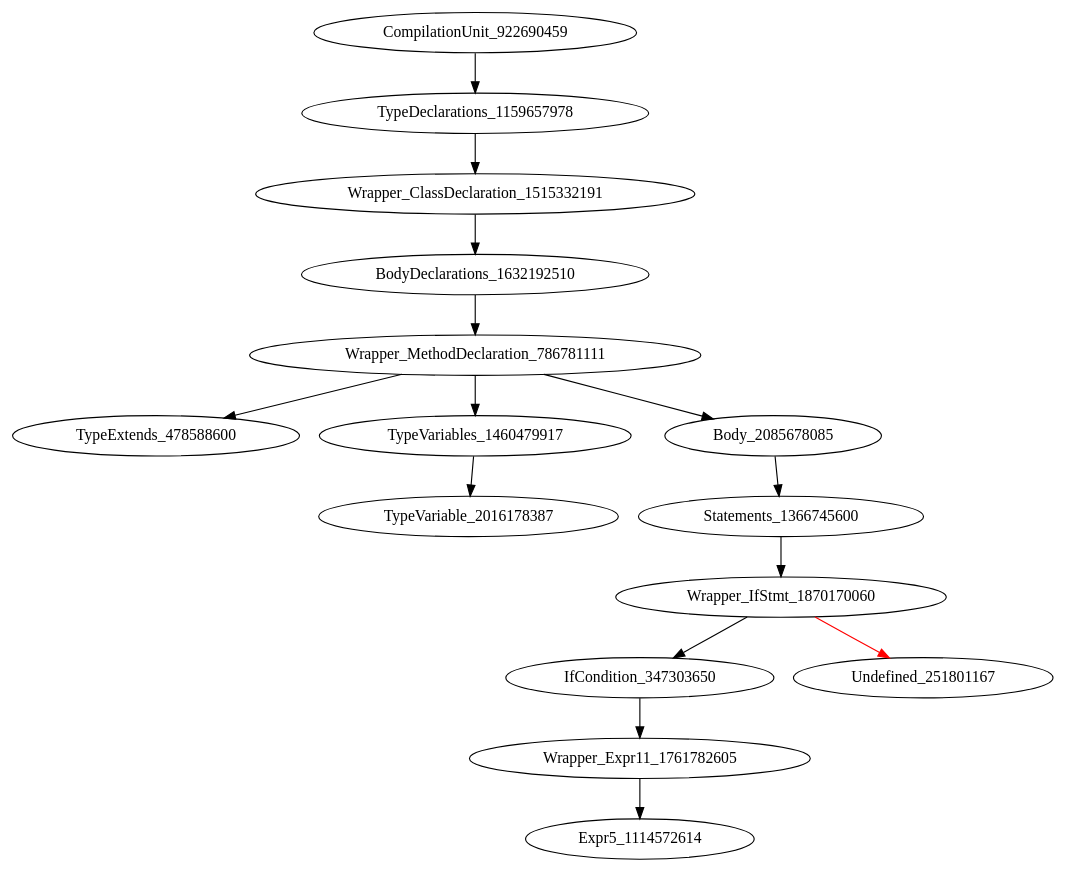
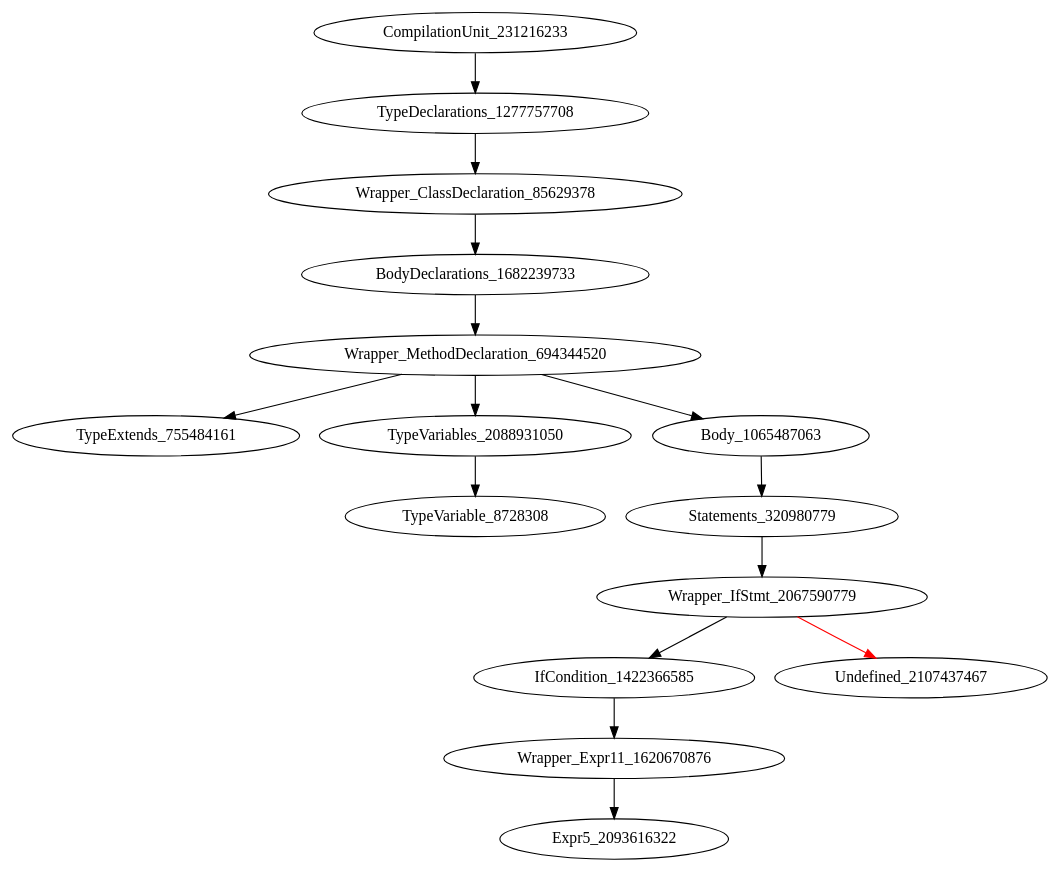
The diagram in holeAST.dot (icse2023material/VoiceJava), drawn with Graphviz before and after one commit. The commit also changed 15 other files, not shown here.

```diff
--- a/holeAST.dot
+++ b/holeAST.dot
@@ -1,16 +1,16 @@
 digraph {
-CompilationUnit_922690459 -> TypeDeclarations_1159657978
-TypeDeclarations_1159657978 -> Wrapper_ClassDeclaration_1515332191
-Wrapper_ClassDeclaration_1515332191 -> BodyDeclarations_1632192510
-BodyDeclarations_1632192510 -> Wrapper_MethodDeclaration_786781111
-Wrapper_MethodDeclaration_786781111 -> TypeExtends_478588600
-Wrapper_MethodDeclaration_786781111 -> TypeVariables_1460479917
-Wrapper_MethodDeclaration_786781111 -> Body_2085678085
-TypeVariables_1460479917 -> TypeVariable_2016178387
-Body_2085678085 -> Statements_1366745600
-Statements_1366745600 -> Wrapper_IfStmt_1870170060
-Wrapper_IfStmt_1870170060 -> IfCondition_347303650
-Wrapper_IfStmt_1870170060 -> Undefined_251801167 [color = red] 
-IfCondition_347303650 -> Wrapper_Expr11_1761782605
-Wrapper_Expr11_1761782605 -> Expr5_1114572614
+CompilationUnit_231216233 -> TypeDeclarations_1277757708
+TypeDeclarations_1277757708 -> Wrapper_ClassDeclaration_85629378
+Wrapper_ClassDeclaration_85629378 -> BodyDeclarations_1682239733
+BodyDeclarations_1682239733 -> Wrapper_MethodDeclaration_694344520
+Wrapper_MethodDeclaration_694344520 -> TypeExtends_755484161
+Wrapper_MethodDeclaration_694344520 -> TypeVariables_2088931050
+Wrapper_MethodDeclaration_694344520 -> Body_1065487063
+TypeVariables_2088931050 -> TypeVariable_8728308
+Body_1065487063 -> Statements_320980779
+Statements_320980779 -> Wrapper_IfStmt_2067590779
+Wrapper_IfStmt_2067590779 -> IfCondition_1422366585
+Wrapper_IfStmt_2067590779 -> Undefined_2107437467 [color = red] 
+IfCondition_1422366585 -> Wrapper_Expr11_1620670876
+Wrapper_Expr11_1620670876 -> Expr5_2093616322
 }
```
